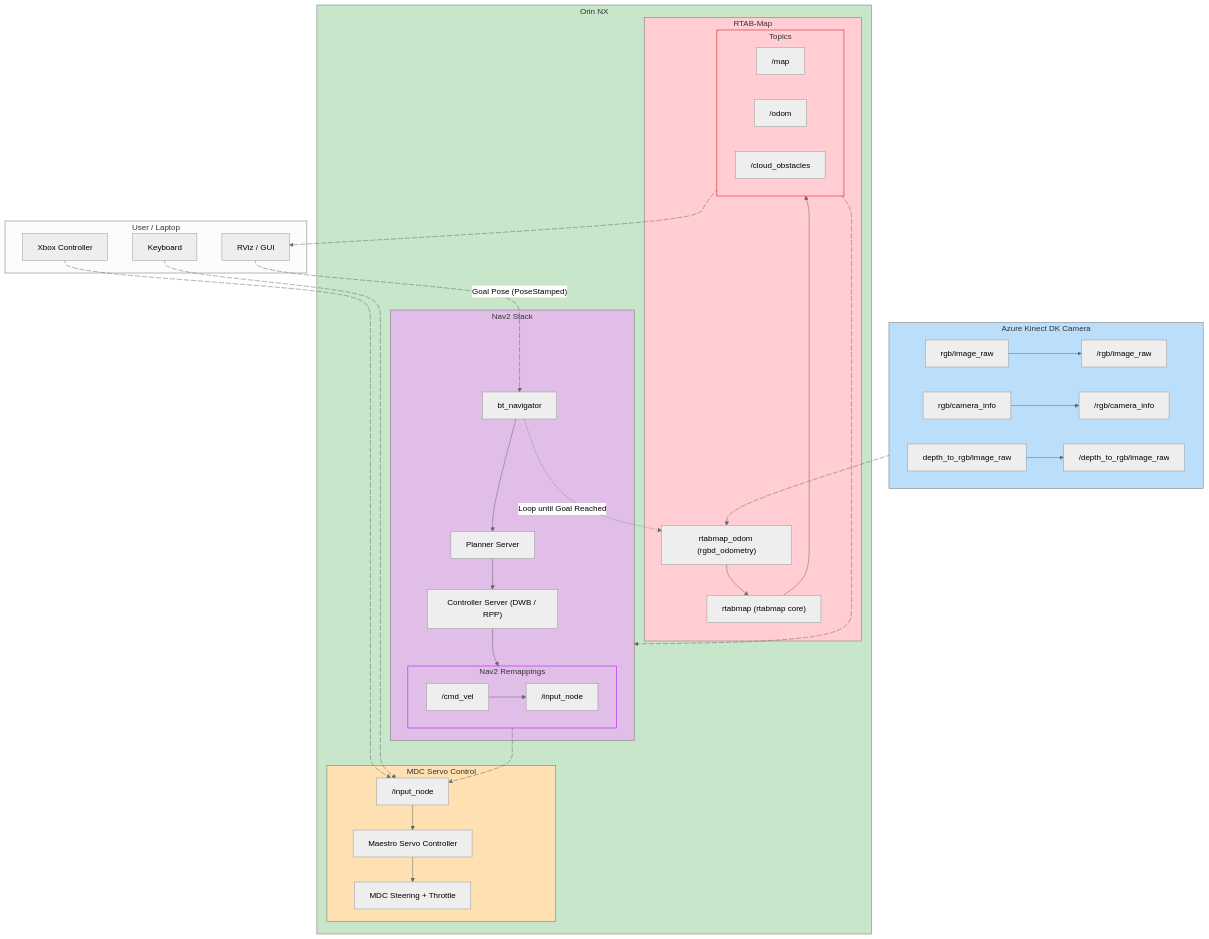
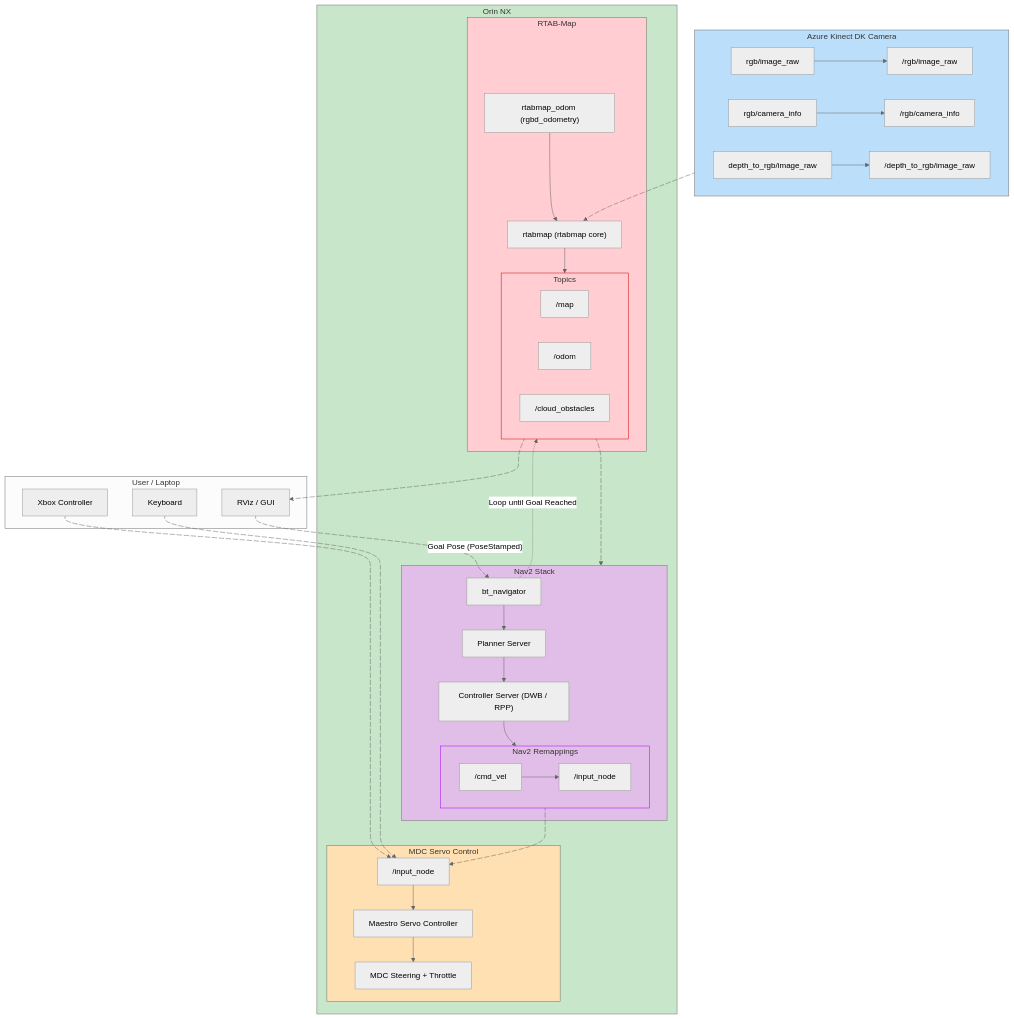
Before and after one commit to DerivedFunction/mdc-ubuntu: the diagram in Chart/System Flow.mmd, drawn with Mermaid (neutral theme). The commit also changed 1 other file, not shown here.

```diff
--- a/Chart/System Flow.mmd
+++ b/Chart/System Flow.mmd
@@ -1,80 +1,83 @@
 ---
 config:
   layout: dagre
 ---
 flowchart TD
  subgraph U["User / Laptop"]
         UA["RViz / GUI"]
         UB["Xbox Controller"]
         UC["Keyboard"]
   end
  subgraph O1["Azure Kinect DK Camera"]
+        
+        O1A2["/rgb/image_raw"]
         O1A["rgb/image_raw"]
-        O1A2["/rgb/image_raw"]
+        
+        O1B2["/rgb/camera_info"]
         O1B["rgb/camera_info"]
-        O1B2["/rgb/camera_info"]
+        
+        O1C2["/depth_to_rgb/image_raw"]
         O1C["depth_to_rgb/image_raw"]
-        O1C2["/depth_to_rgb/image_raw"]
   end
  subgraph O2["RTAB-Map"]
         O2A["rtabmap_odom (rgbd_odometry)"]
         O2B["rtabmap (rtabmap core)"]
         O5["Topics"]
   end
  subgraph O5["Topics"]
         O5A["/map"]
         O5B["/odom"]
         O5C["/cloud_obstacles"]
   end
  subgraph O3D["Nav2 Remappings"]
         O3D1["/cmd_vel"]
         O3D2["/input_node"]
   end
  subgraph O3["Nav2 Stack"]
         O3A["bt_navigator"]
         O3B["Planner Server"]
         O3C["Controller Server (DWB / RPP)"]
         O3D
   end
  subgraph O4["MDC Servo Control"]
         O4A["/input_node"]
         O4B["Maestro Servo Controller"]
         O4C["MDC Steering + Throttle"]
   end
  subgraph O["Orin NX"]
         O2
         O3
         O4
   end
     O1A --> O1A2
     O1B --> O1B2
     O1C --> O1C2
     UA L_UA_O3A_0@-. Goal Pose (PoseStamped) .-> O3A
     O3A --> O3B
     O3B --> O3C
     O3C --> O3D
     O3D1 --> O3D2
-    O1 L_O1B2_O2A_0@--> O2A
+    O1 L_O1B2_O2A_0@--> O2B
     O2A --> O2B
     O2B --> O5
     O3D L_O3D_O4A_0@-.-> O4A
     O4A --> O4B
     O4B --> O4C
-    O3A -. Loop until Goal Reached .-> O2A
     UB L_UB_O4_0@-.-> O4A
     UC L_UC_O4_0@-.-> O4A
     O5 L_O5_UA_0@--> UA & O3
+    O3A -.  Loop until Goal Reached .-> O5
     style O5 fill:#FFCDD2,stroke:#D50000
     style O3D stroke:#AA00FF,fill:#E1BEE7
     style O2 fill:#FFCDD2
     style O3 fill:#E1BEE7
     style O4 fill:#FFE0B2
     style O1 fill:#BBDEFB
     style O fill:#C8E6C9
     L_UA_O3A_0@{ animation: fast } 
     L_O1B2_O2A_0@{ animation: fast } 
     L_O3D_O4A_0@{ animation: fast } 
     L_UB_O4_0@{ animation: fast } 
     L_UC_O4_0@{ animation: fast } 
     L_O5_UA_0@{ animation: fast } 
     L_O5_O3_0@{ animation: fast }
```
